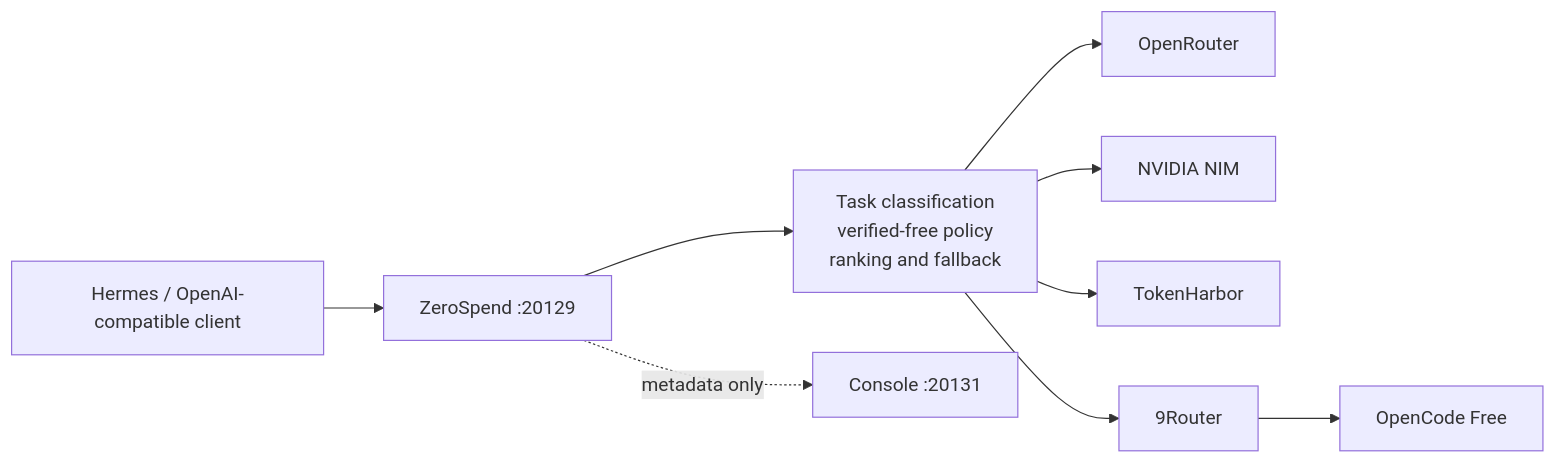
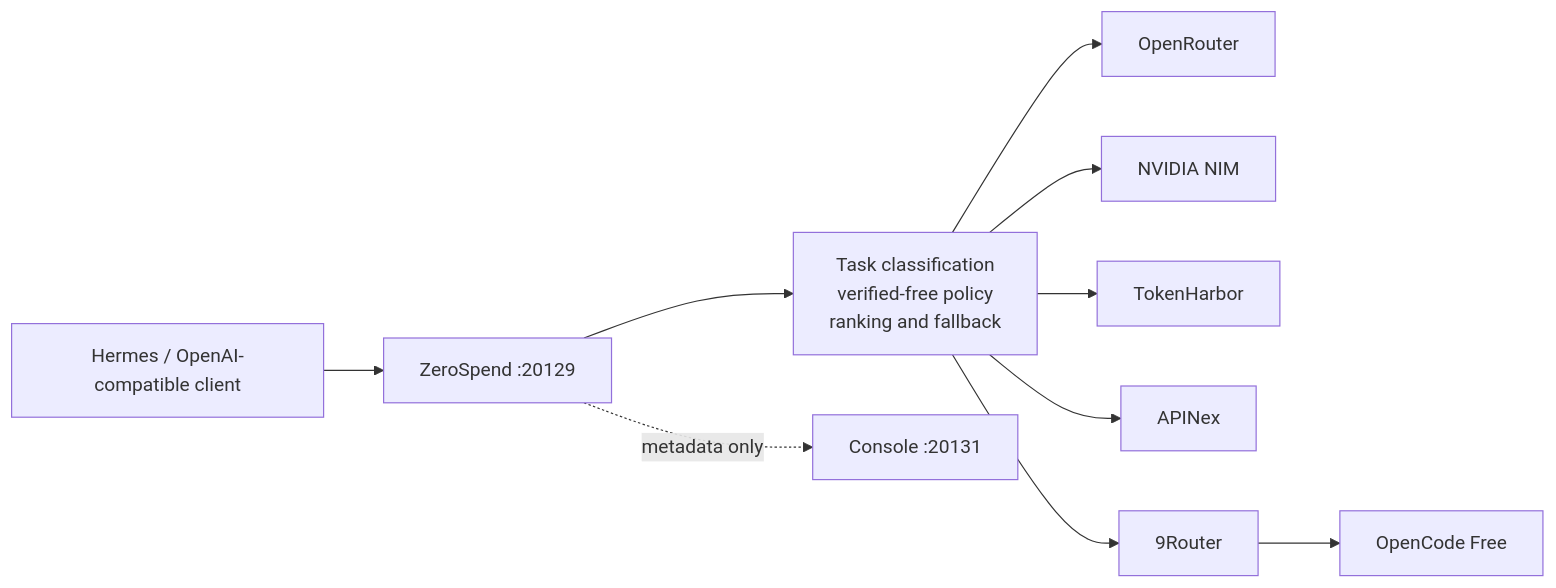
One commit to sjfakharian/zerospend changed the diagram in README.md. Above: the diagram before and after it, drawn with Mermaid. The commit also changed other lines of this file and 20 other files, not shown here.

````diff
--- a/README.md
+++ b/README.md
@@ -32,11 +32,12 @@
 ```mermaid
 flowchart LR
   H[Hermes / OpenAI-compatible client] --> R[ZeroSpend :20129]
   R --> P[Task classification<br/>verified-free policy<br/>ranking and fallback]
   P --> OR[OpenRouter]
   P --> NV[NVIDIA NIM]
   P --> TH[TokenHarbor]
+  P --> AX[APINex]
   P --> N[9Router]
   N --> OC[OpenCode Free]
   R -. metadata only .-> C[Console :20131]
 ```
````
